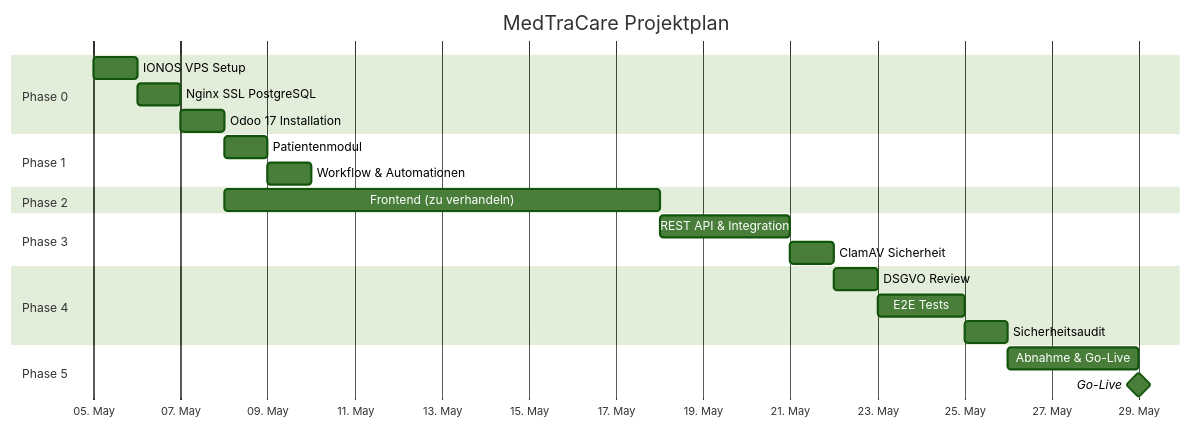
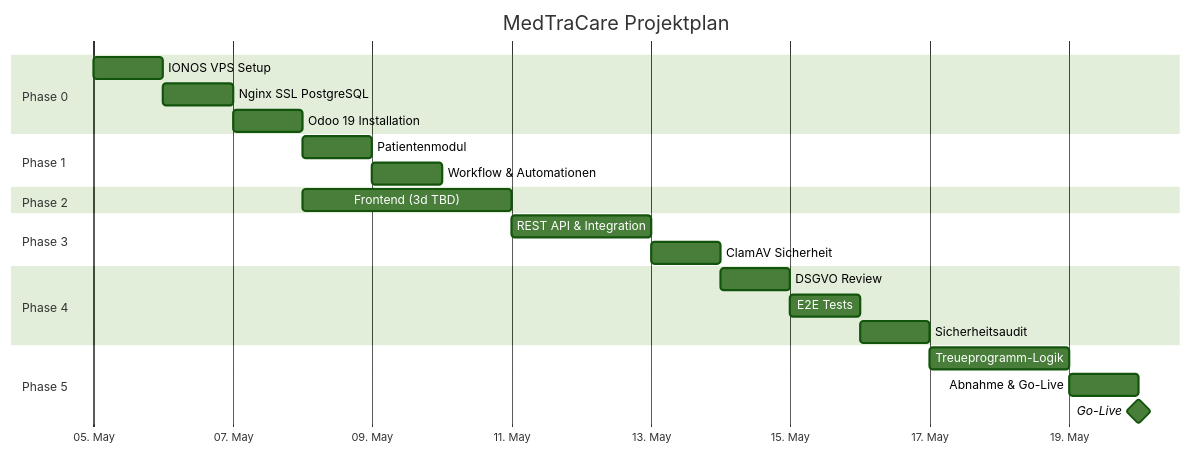
One commit to remitoudic/MedTraCare changed the fourth of 4 diagrams in Docs/MedTraCare_Implementierungsplan.md. Above: the diagram before and after it, drawn with Mermaid (forest theme). The commit also changed other lines of this file and 2 other files, not shown here.

Commit message:
Updated Phase 2 (3d), Phase 3 (2d), and Phase 5 (2d) durations and timeline

````diff
--- a/Docs/MedTraCare_Implementierungsplan.md
+++ b/Docs/MedTraCare_Implementierungsplan.md
@@ -383,31 +383,32 @@
 ```mermaid
 gantt
     title MedTraCare Projektplan
     dateFormat  YYYY-MM-DD
     axisFormat  %d. %b
 
     section Phase 0
     IONOS VPS Setup          :p0a, 2026-05-05, 1d
     Nginx SSL PostgreSQL     :p0b, after p0a, 1d
-    Odoo 17 Installation     :p0c, after p0b, 1d
+    Odoo 19 Installation     :p0c, after p0b, 1d
 
     section Phase 1
     Patientenmodul           :p1a, after p0c, 1d
     Workflow & Automationen  :p1b, after p1a, 1d
 
     section Phase 2
-    Frontend (zu verhandeln) :p2a, after p0c, 10d
+    Frontend (3d TBD)        :p2a, after p0c, 3d
 
     section Phase 3
-    REST API & Integration   :p3a, after p2a, 3d
+    REST API & Integration   :p3a, after p2a, 2d
     ClamAV Sicherheit        :p3b, after p3a, 1d
 
     section Phase 4
     DSGVO Review             :p4a, after p3b, 1d
-    E2E Tests                :p4b, after p4a, 2d
+    E2E Tests                :p4b, after p4a, 1d
     Sicherheitsaudit         :p4c, after p4b, 1d
 
     section Phase 5
-    Abnahme & Go-Live        :p5a, after p4c, 3d
-    Go-Live                  :milestone, after p5a, 0d
+    Treueprogramm-Logik      :p5a, after p4c, 2d
+    Abnahme & Go-Live        :p5b, after p5a, 1d
+    Go-Live                  :milestone, after p5b, 0d
 ```
````
